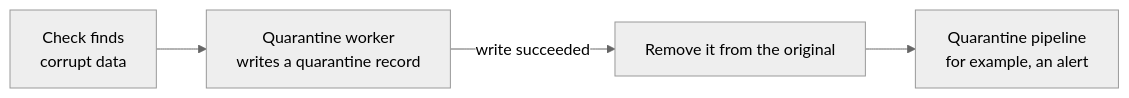
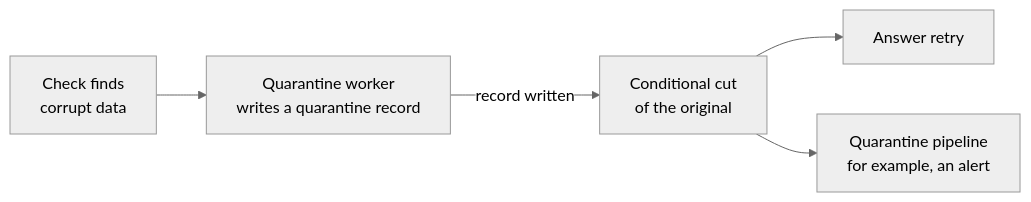
The fifth of 5 diagrams in docs/architecture.md (bristweb/yafidb), drawn with Mermaid (neutral theme) before and after one commit. The commit also changed other lines of this file and 28 other files, not shown here.

Commit message:
Quarantine is race-safe without locks: record first, conditional cut, deterministic name, R2 tombstones; refresh docs and examples

````diff
--- a/docs/architecture.md
+++ b/docs/architecture.md
@@ -164,6 +164,7 @@
 ```mermaid
 flowchart LR
     F[Check finds<br/>corrupt data] --> Q[Quarantine worker<br/>writes a quarantine record]
-    Q -->|write succeeded| T[Remove it from the original]
+    Q -->|record written| T[Conditional cut<br/>of the original]
+    T --> R[Answer retry]
     T --> N[Quarantine pipeline<br/>for example, an alert]
 ```
````
